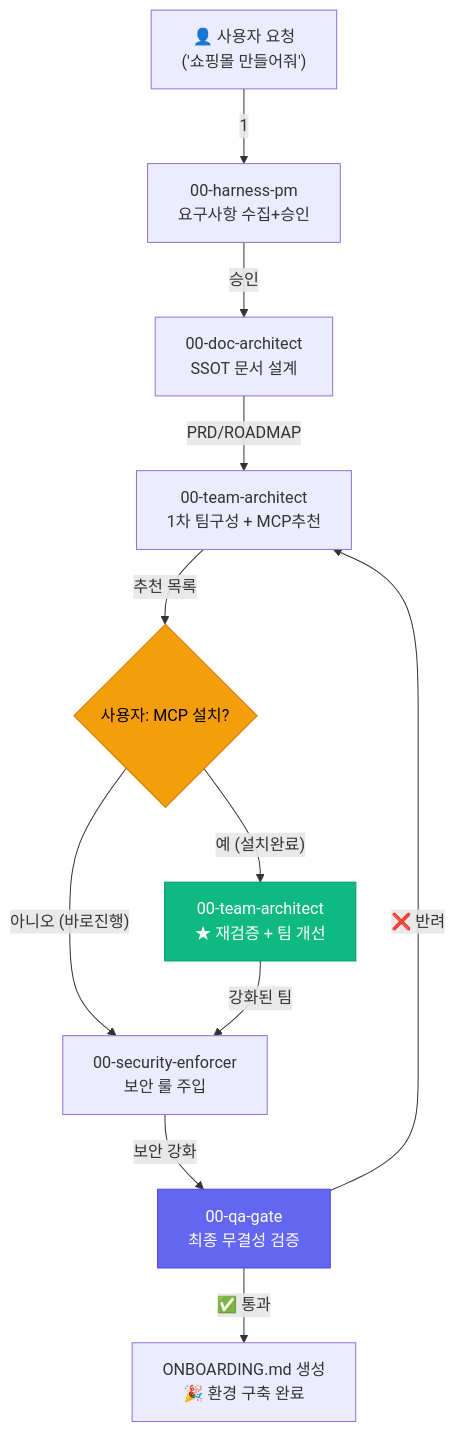
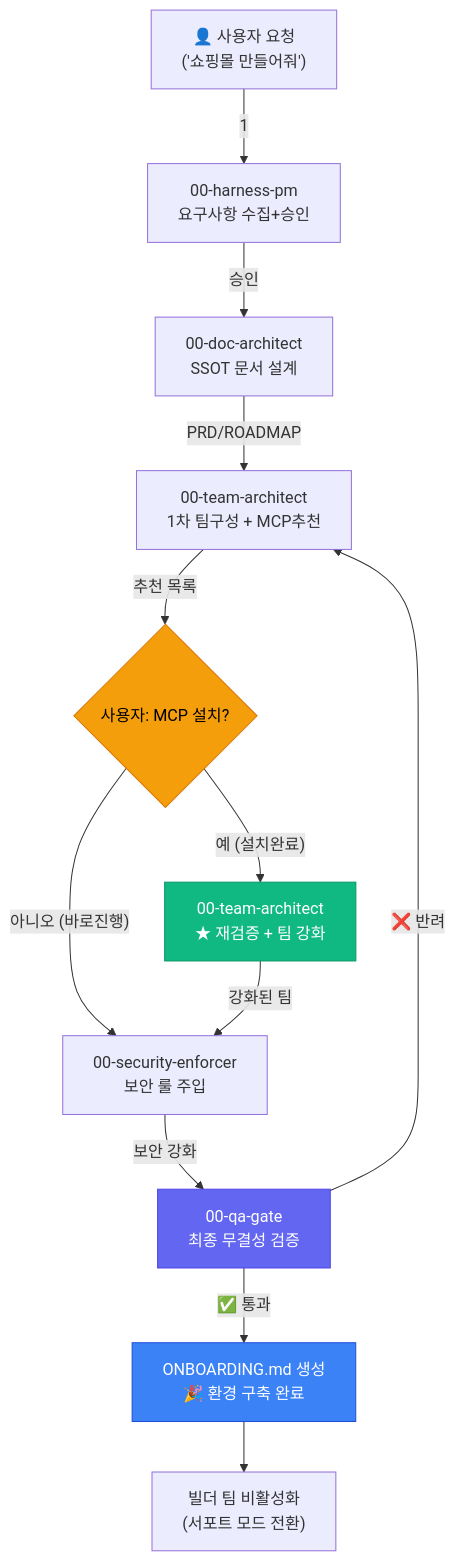
The diagram in docs/WHY.md (sbs1253/Harness_TODO), drawn with Mermaid before and after one commit. The commit also changed other lines of this file and 11 other files, not shown here.

````diff
--- a/docs/WHY.md
+++ b/docs/WHY.md
@@ -54,19 +54,21 @@
 ```mermaid
 flowchart TD
     A["👤 사용자 요청<br/>('쇼핑몰 만들어줘')"] -->|"1"| B["00-harness-pm<br/>요구사항 수집+승인"]
     B -->|"승인"| C["00-doc-architect<br/>SSOT 문서 설계"]
     C -->|"PRD/ROADMAP"| D["00-team-architect<br/>1차 팀구성 + MCP추천"]
     
     D -->|"추천 목록"| E{"사용자: MCP 설치?"}
-    E -->|"예 (설치완료)"| F["00-team-architect<br/>★ 재검증 + 팀 개선"]
+    E -->|"예 (설치완료)"| F["00-team-architect<br/>★ 재검증 + 팀 강화"]
     E -->|"아니오 (바로진행)"| G["00-security-enforcer<br/>보안 룰 주입"]
     F -->|"강화된 팀"| G
     
     G -->|"보안 강화"| H["00-qa-gate<br/>최종 무결성 검증"]
     H -->|"❌ 반려"| D
     H -->|"✅ 통과"| I["ONBOARDING.md 생성<br/>🎉 환경 구축 완료"]
+    I --> J["빌더 팀 비활성화<br/>(서포트 모드 전환)"]
     
     style E fill:#f59e0b,color:#000,stroke:#d97706
     style F fill:#10b981,color:#fff,stroke:#059669
     style H fill:#6366f1,color:#fff,stroke:#4f46e5
+    style I fill:#3b82f6,color:#fff,stroke:#1d4ed8
 ```
````
